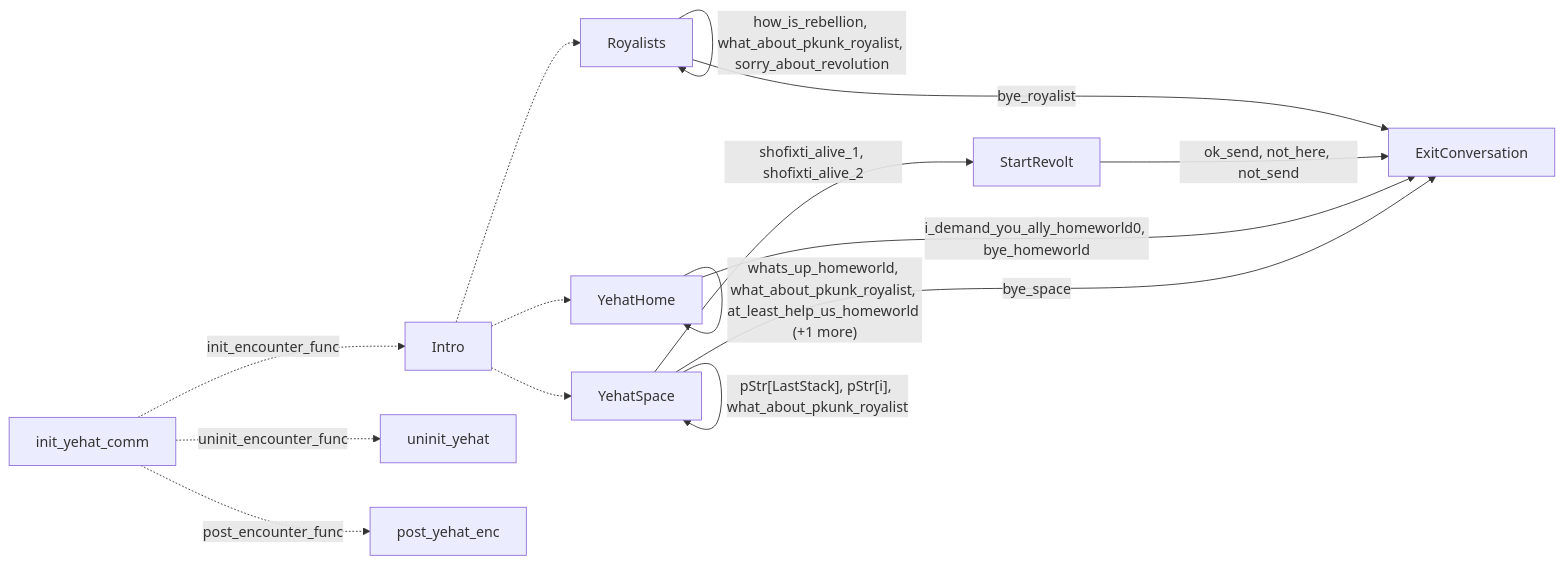
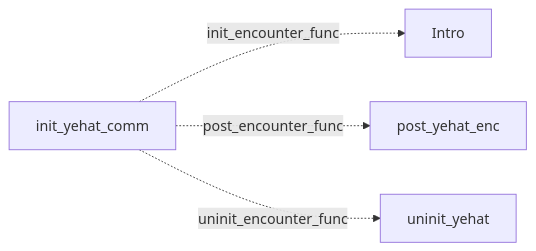
Before and after one commit to yost-jacob/uqm-cpp17: the diagram in docs/design/conversation/catalog/yehat.md, drawn with Mermaid. The commit also changed other lines of this file and 42 other files, not shown here.

Commit message:
Migrate seven more conversations to graph-owned story logic

````diff
--- a/docs/design/conversation/catalog/yehat.md
+++ b/docs/design/conversation/catalog/yehat.md
@@ -23,26 +23,10 @@
 ```mermaid
 flowchart LR
-    n0["ExitConversation"]
-    n1["Royalists"]
-    n2["StartRevolt"]
-    n3["YehatHome"]
-    n4["YehatSpace"]
-    n5["Intro"]
-    n6["uninit_yehat"]
-    n7["post_yehat_enc"]
-    n8["init_yehat_comm"]
-    n1 -->|"how_is_rebellion, what_about_pkunk_royalist, sorry_about_revolution"| n1
-    n1 -->|"bye_royalist"| n0
-    n2 -->|"ok_send, not_here, not_send"| n0
-    n3 -->|"whats_up_homeworld, what_about_pkunk_royalist, at_least_help_us_homeworld (+1 more)"| n3
-    n3 -->|"i_demand_you_ally_homeworld0, bye_homeworld"| n0
-    n4 -->|"pStr[LastStack], pStr[i], what_about_pkunk_royalist"| n4
-    n4 -->|"shofixti_alive_1, shofixti_alive_2"| n2
-    n4 -->|"bye_space"| n0
-    n5 -.-> n1
-    n5 -.-> n3
-    n5 -.-> n4
-    n8 -. "init_encounter_func" .-> n5
-    n8 -. "post_encounter_func" .-> n7
-    n8 -. "uninit_encounter_func" .-> n6
+    n0["Intro"]
+    n1["uninit_yehat"]
+    n2["post_yehat_enc"]
+    n3["init_yehat_comm"]
+    n3 -. "init_encounter_func" .-> n0
+    n3 -. "post_encounter_func" .-> n2
+    n3 -. "uninit_encounter_func" .-> n1
 ```
````
